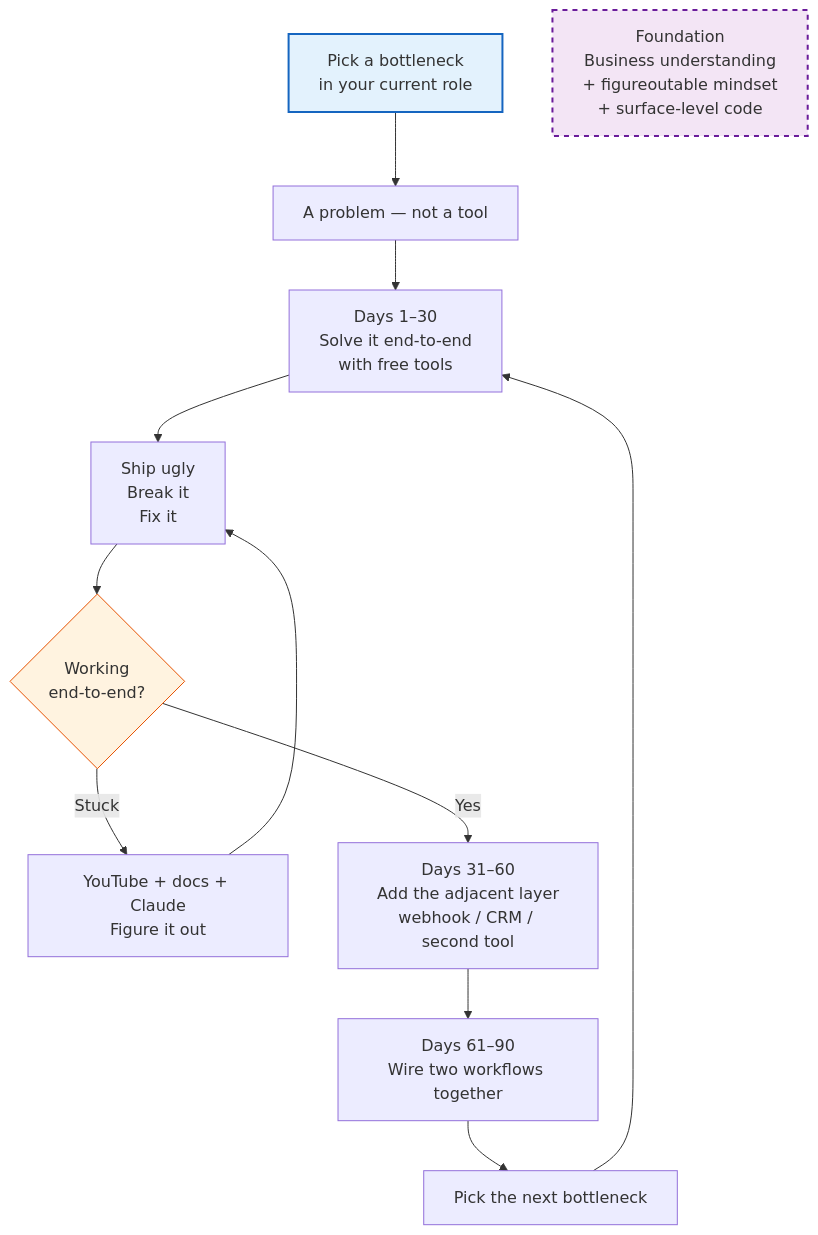
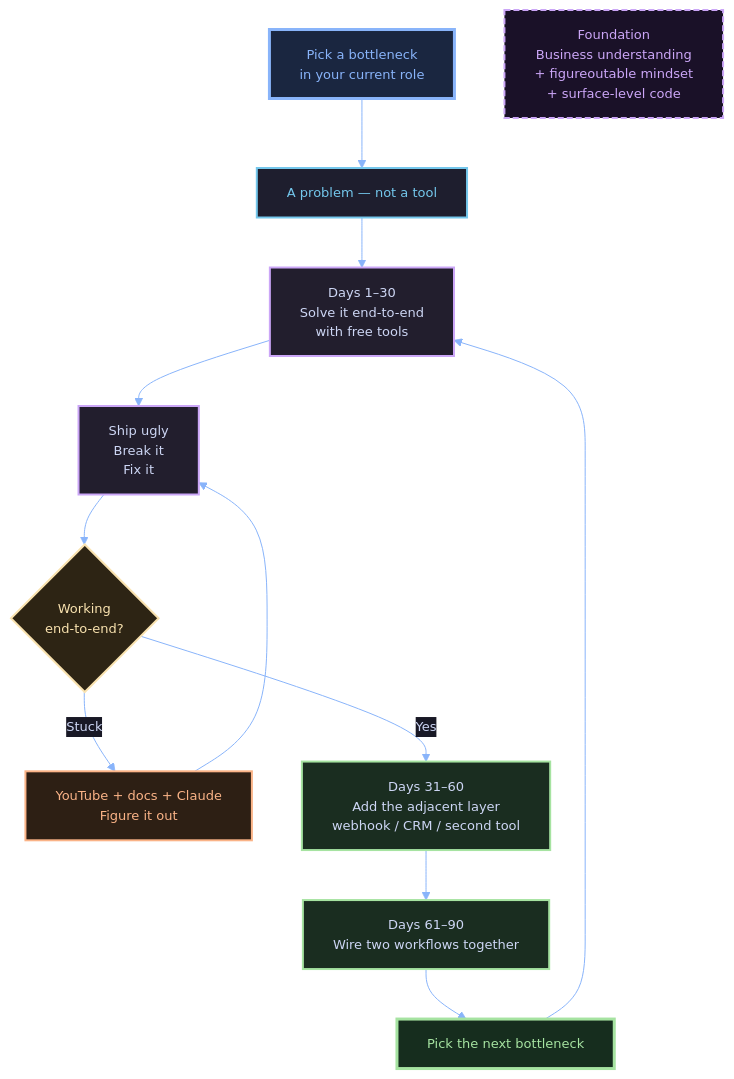
One commit to bala-vujis/Pershe changed the diagram in gtme-origin-post/prescribed-path.mmd. Above: the diagram before and after it, drawn with Mermaid. The commit also changed 3 other files, not shown here.

First line of the commit message:
Redesign diagrams with dark theme and color-coded nodes

```diff
--- a/gtme-origin-post/prescribed-path.mmd
+++ b/gtme-origin-post/prescribed-path.mmd
@@ -1,17 +1,25 @@
+%%{init: {'theme': 'base', 'themeVariables': {'primaryColor': '#1e1e2e', 'primaryTextColor': '#cdd6f4', 'primaryBorderColor': '#45475a', 'lineColor': '#89b4fa', 'edgeLabelBackground': '#181825', 'background': '#0d1117', 'fontFamily': 'ui-monospace, SFMono-Regular, monospace', 'fontSize': '13px'}}}%%
 flowchart TD
     A["Pick a bottleneck<br/>in your current role"] --> B["A problem — not a tool"]
     B --> C["Days 1–30<br/>Solve it end-to-end<br/>with free tools"]
     C --> D["Ship ugly<br/>Break it<br/>Fix it"]
     D --> E{"Working<br/>end-to-end?"}
     E -->|"Stuck"| F["YouTube + docs + Claude<br/>Figure it out"]
     F --> D
     E -->|"Yes"| G["Days 31–60<br/>Add the adjacent layer<br/>webhook / CRM / second tool"]
     G --> H["Days 61–90<br/>Wire two workflows together"]
     H --> I["Pick the next bottleneck"]
     I --> C
 
     FOUNDATION["Foundation<br/>Business understanding<br/>+ figureoutable mindset<br/>+ surface-level code"]
 
-    style A fill:#e3f2fd,stroke:#1565c0,stroke-width:2px
-    style FOUNDATION fill:#f3e5f5,stroke:#6a1b9a,stroke-width:2px,stroke-dasharray: 5 5
-    style E fill:#fff3e0,stroke:#e65100
+    style A fill:#1a2640,stroke:#89b4fa,stroke-width:3px,color:#89b4fa
+    style B fill:#1e1e2e,stroke:#74c7ec,stroke-width:2px,color:#74c7ec
+    style C fill:#221e2d,stroke:#cba6f7,stroke-width:2px,color:#cdd6f4
+    style D fill:#221e2d,stroke:#cba6f7,stroke-width:2px,color:#cdd6f4
+    style E fill:#2d2414,stroke:#f9e2af,stroke-width:2px,color:#f9e2af
+    style F fill:#2d1f14,stroke:#fab387,stroke-width:2px,color:#fab387
+    style G fill:#1a2d20,stroke:#a6e3a1,stroke-width:2px,color:#cdd6f4
+    style H fill:#1a2d20,stroke:#a6e3a1,stroke-width:2px,color:#cdd6f4
+    style I fill:#162d1e,stroke:#a6e3a1,stroke-width:3px,color:#a6e3a1
+    style FOUNDATION fill:#1a1128,stroke:#cba6f7,stroke-width:2px,stroke-dasharray:6 3,color:#cba6f7
```
